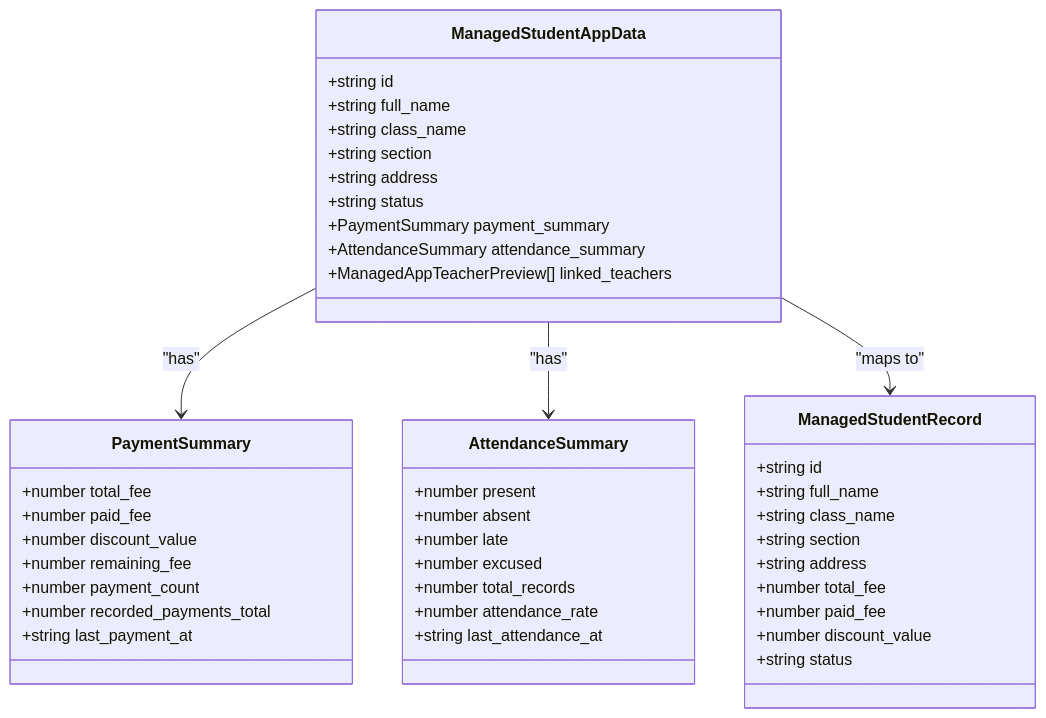
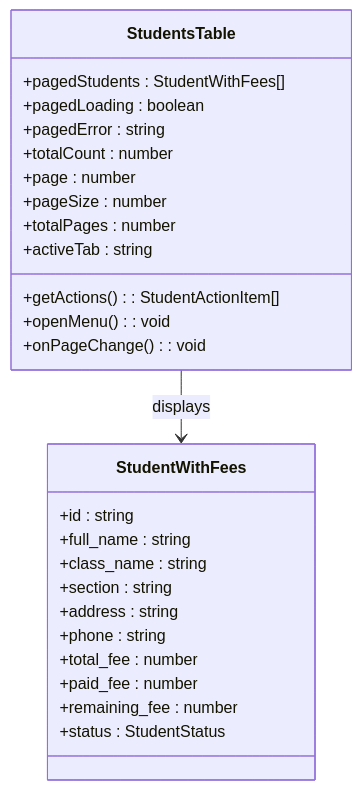
Before and after one commit to mustafaalkusaj/appschoolmustafa2002: the fourth of 13 diagrams in .qoder/repowiki/en/content/Student Management System/Student Management System.md, drawn with Mermaid. The commit also changed other lines of this file and 85 other files, not shown here.

````diff
--- a/.qoder/repowiki/en/content/Student Management System/Student Management System.md
+++ b/.qoder/repowiki/en/content/Student Management System/Student Management System.md
@@ -286,46 +243,29 @@
 ```mermaid
 classDiagram
-class ManagedStudentAppData {
-+string id
-+string full_name
-+string class_name
-+string section
-+string address
-+string status
-+PaymentSummary payment_summary
-+AttendanceSummary attendance_summary
-+ManagedAppTeacherPreview[] linked_teachers
+class StudentsTable {
++pagedStudents : StudentWithFees[]
++pagedLoading : boolean
++pagedError : string
++totalCount : number
++page : number
++pageSize : number
++totalPages : number
++activeTab : string
++getActions() : StudentActionItem[]
++openMenu() : void
++onPageChange() : void
 }
-class PaymentSummary {
-+number total_fee
-+number paid_fee
-+number discount_value
-+number remaining_fee
-+number payment_count
-+number recorded_payments_total
-+string last_payment_at
+class StudentWithFees {
++id : string
++full_name : string
++class_name : string
++section : string
++address : string
++phone : string
++total_fee : number
++paid_fee : number
++remaining_fee : number
++status : StudentStatus
 }
-class AttendanceSummary {
-+number present
-+number absent
-+number late
-+number excused
-+number total_records
-+number attendance_rate
-+string last_attendance_at
-}
-class ManagedStudentRecord {
-+string id
-+string full_name
-+string class_name
-+string section
-+string address
-+number total_fee
-+number paid_fee
-+number discount_value
-+string status
-}
-ManagedStudentAppData --> PaymentSummary : "has"
-ManagedStudentAppData --> AttendanceSummary : "has"
-ManagedStudentAppData --> ManagedStudentRecord : "maps to"
+StudentsTable --> StudentWithFees : displays
 ```
````
